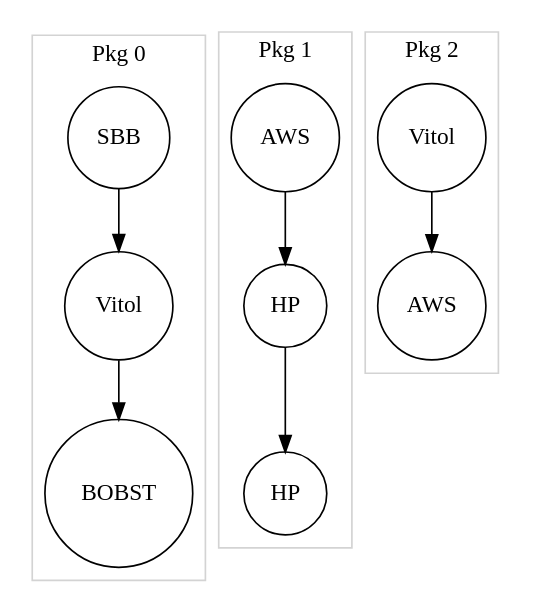
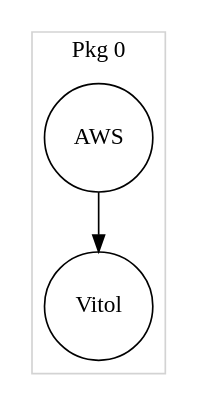
The diagram in demo/.graph.gv (SolomonTracker/bobstracker), drawn with Graphviz before and after one commit. The commit also changed 19 other files, not shown here.

```diff
--- a/demo/.graph.gv
+++ b/demo/.graph.gv
@@ -1,30 +1,10 @@
 digraph "Package Life Graph" {
 	subgraph cluster_0 {
 		styled=filled
 		color=lightgray
 		label="Pkg 0"
-		00 [label=SBB shape=circle]
+		00 [label=AWS shape=circle]
 		01 [label=Vitol shape=circle]
 		00 -> 01
-		02 [label=BOBST shape=circle]
-		01 -> 02
-	}
-	subgraph cluster_1 {
-		styled=filled
-		color=lightgray
-		label="Pkg 1"
-		10 [label=AWS shape=circle]
-		11 [label=HP shape=circle]
-		10 -> 11
-		12 [label=HP shape=circle]
-		11 -> 12
-	}
-	subgraph cluster_2 {
-		styled=filled
-		color=lightgray
-		label="Pkg 2"
-		20 [label=Vitol shape=circle]
-		21 [label=AWS shape=circle]
-		20 -> 21
 	}
 }
```
